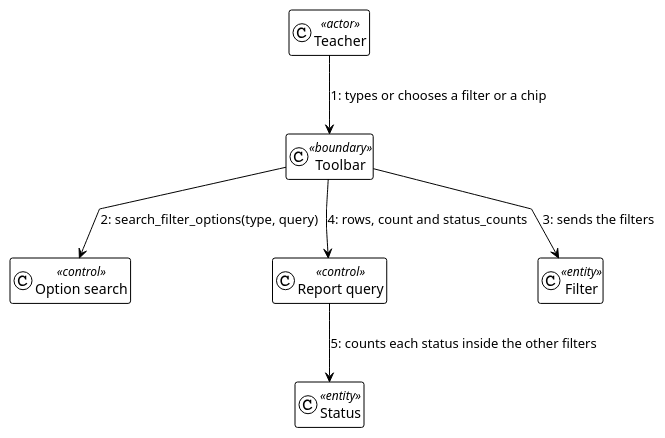
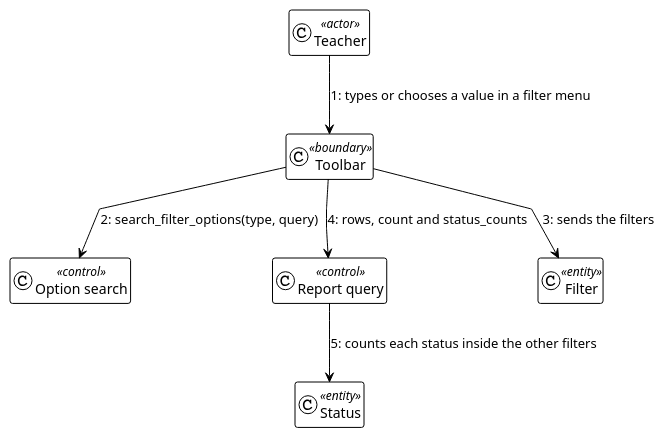
The diagram in docs/en/technical/analysis/use-cases/narrowReport/collaboration.puml (didactika/moodle-report_autograder), drawn with PlantUML before and after one commit. The commit also changed 52 other files, not shown here.

```diff
--- a/docs/en/technical/analysis/use-cases/narrowReport/collaboration.puml
+++ b/docs/en/technical/analysis/use-cases/narrowReport/collaboration.puml
@@ -1,20 +1,20 @@
 @startuml
 !theme plain
 hide empty members
 skinparam linetype polyline
 top to bottom direction
 
 class "Teacher" as user <<actor>>
 class "Toolbar" as toolbar <<boundary>>
 class "Option search" as search <<control>>
 class "Report query" as query <<control>>
 class "Filter" as filter <<entity>>
 class "Status" as status <<entity>>
 
-user --> toolbar : 1: types or chooses a filter or a chip
+user --> toolbar : 1: types or chooses a value in a filter menu
 toolbar --> search : 2: search_filter_options(type, query)
 toolbar --> filter : 3: sends the filters
 toolbar --> query : 4: rows, count and status_counts
 query --> status : 5: counts each status inside the other filters
 
 @enduml
```
